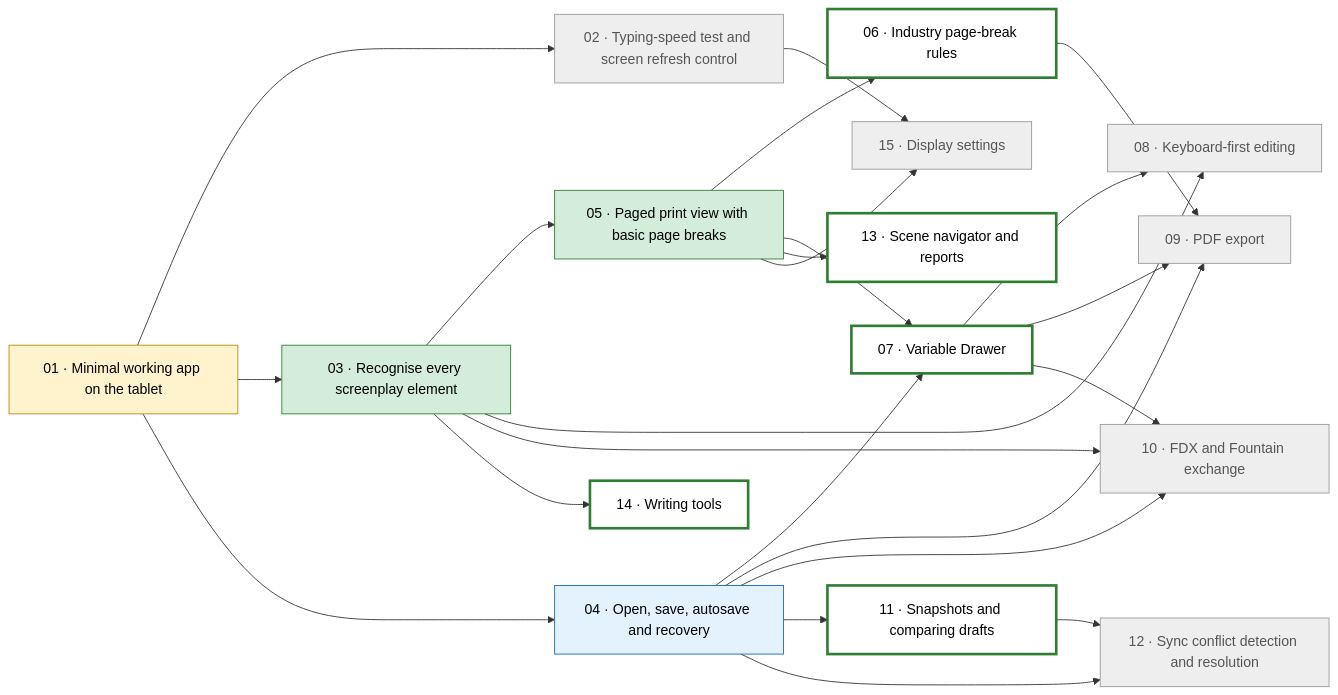
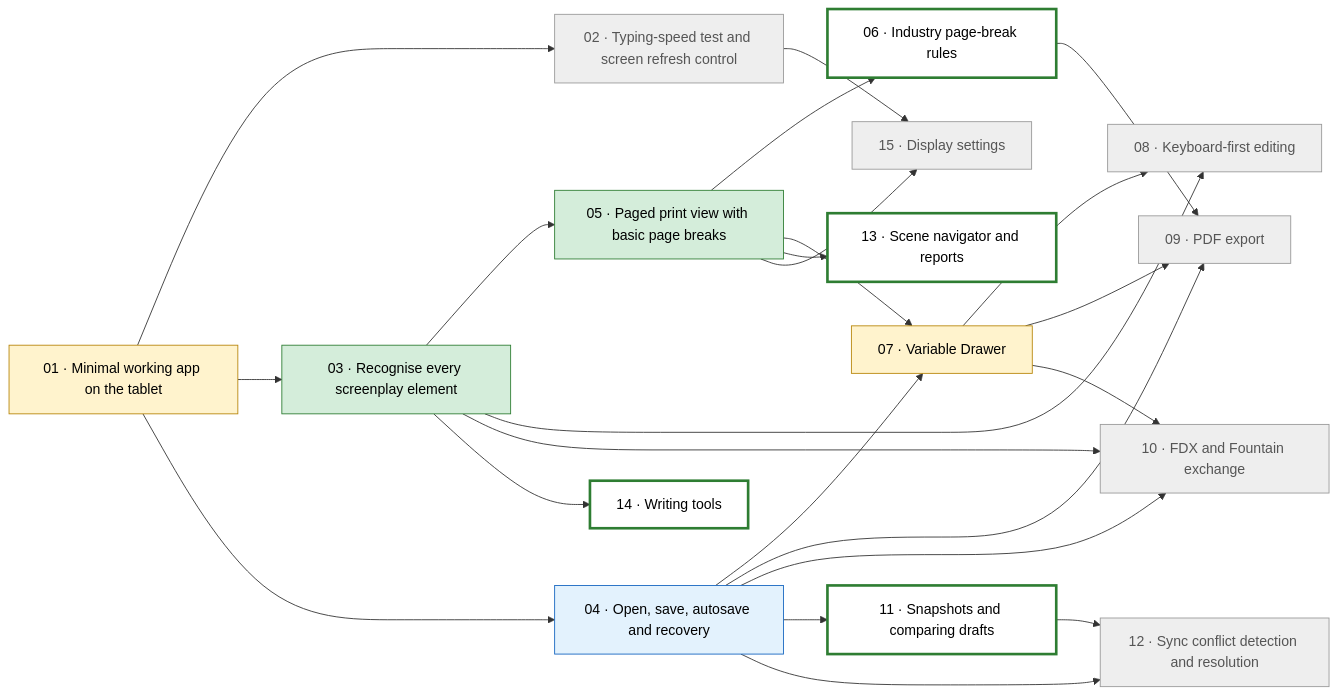
The diagram in PLAN.md (mikebgio/eink-screenplay-writer), drawn with Mermaid before and after one commit. The commit also changed other lines of this file and 17 other files, not shown here.

Commit message:
07: Variable Drawer

````diff
--- a/PLAN.md
+++ b/PLAN.md
@@ -45,45 +45,45 @@
 ```mermaid
 flowchart LR
   T01["01 · Minimal working app on the tablet"]:::inprogress
   T02["02 · Typing-speed test and screen refresh control"]:::blocked
   T03["03 · Recognise every screenplay element"]:::done
   T04["04 · Open, save, autosave and recovery"]:::needsdevice
   T05["05 · Paged print view with basic page breaks"]:::done
   T06["06 · Industry page-break rules"]:::ready
-  T07["07 · Variable Drawer"]:::ready
+  T07["07 · Variable Drawer"]:::inprogress
   T08["08 · Keyboard-first editing"]:::blocked
   T09["09 · PDF export"]:::blocked
   T10["10 · FDX and Fountain exchange"]:::blocked
   T11["11 · Snapshots and comparing drafts"]:::ready
   T12["12 · Sync conflict detection and resolution"]:::blocked
   T13["13 · Scene navigator and reports"]:::ready
   T14["14 · Writing tools"]:::ready
   T15["15 · Display settings"]:::blocked
   T01 --> T02
   T01 --> T03
   T01 --> T04
   T03 --> T05
   T05 --> T06
   T04 --> T07
   T05 --> T07
   T03 --> T08
   T07 --> T08
   T04 --> T09
   T06 --> T09
   T07 --> T09
   T03 --> T10
   T04 --> T10
   T07 --> T10
   T04 --> T11
   T04 --> T12
   T11 --> T12
   T05 --> T13
   T03 --> T14
   T02 --> T15
   T05 --> T15
   classDef done fill:#d4edda,stroke:#2e7d32,color:#000
   classDef needsdevice fill:#e3f2fd,stroke:#1565c0,color:#000
   classDef inprogress fill:#fff3cd,stroke:#b8860b,color:#000
   classDef ready fill:#ffffff,stroke:#2e7d32,stroke-width:3px,color:#000
   classDef blocked fill:#eeeeee,stroke:#999,color:#555
 ```
````
